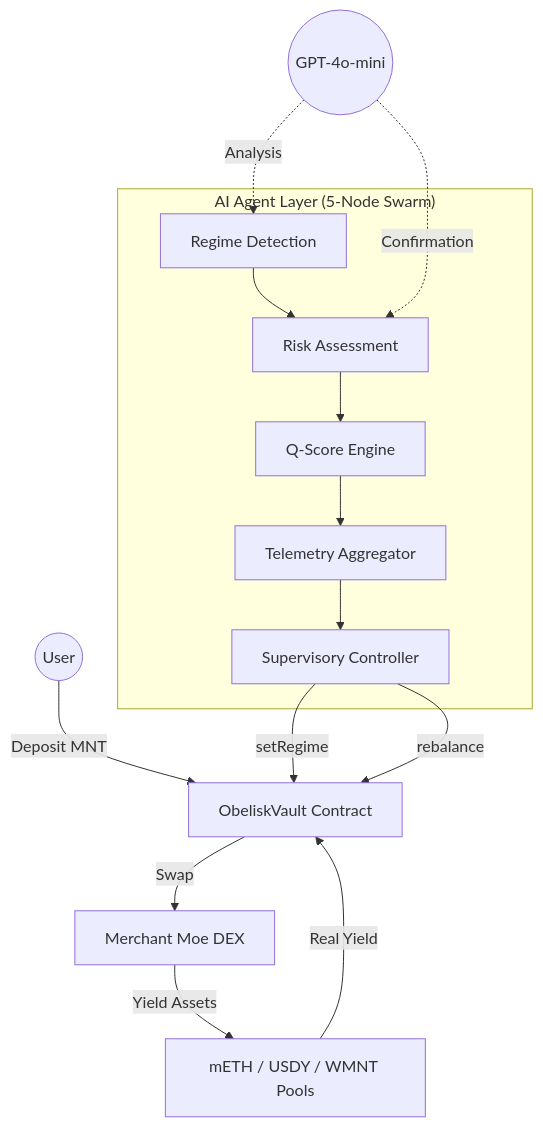
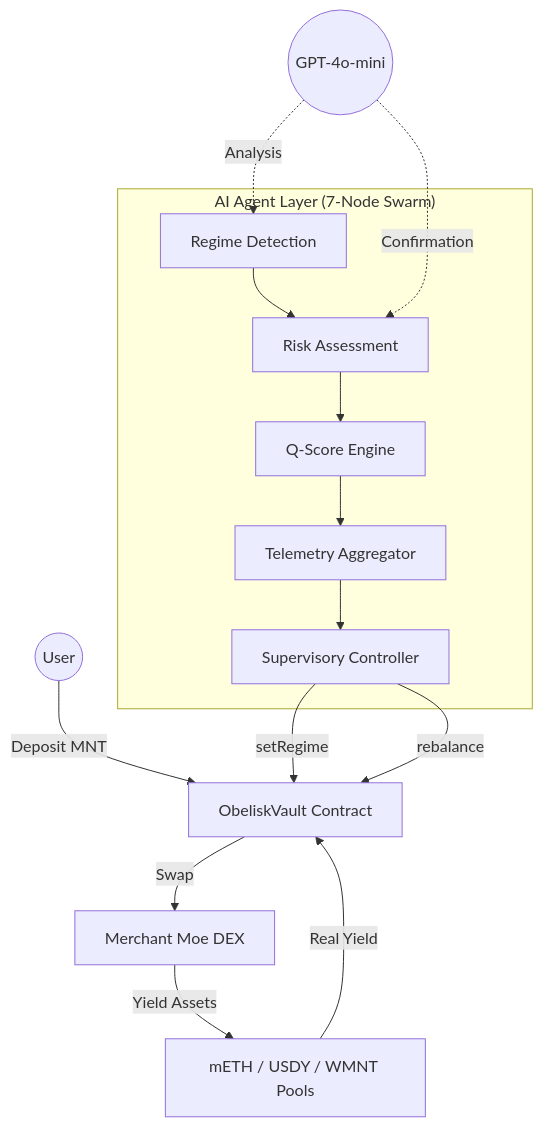
Before and after one commit to samixrd/Obelisk-Q: the diagram in README.md, drawn with Mermaid. The commit also changed other lines of this file, not shown here.

Commit message:
docs: standardize node counts (7-node logic, 5-node swarm)

````diff
--- a/README.md
+++ b/README.md
@@ -46,22 +46,22 @@
 ```mermaid
 graph TD
     User((User)) -->|Deposit MNT| Vault[ObeliskVault Contract]
     
-    subgraph "AI Agent Layer (5-Node Swarm)"
+    subgraph "AI Agent Layer (7-Node Swarm)"
         Regime[Regime Detection] --> Risk[Risk Assessment]
         Risk --> QScore[Q-Score Engine]
         QScore --> Telemetry[Telemetry Aggregator]
         Telemetry --> Supervisor[Supervisory Controller]
     end
 
     LLM((GPT-4o-mini)) -.->|Analysis| Regime
     LLM -.->|Confirmation| Risk
     
     Supervisor -->|setRegime| Vault
     Supervisor -->|rebalance| Vault
     
     Vault -->|Swap| DEX[Merchant Moe DEX]
     DEX -->|Yield Assets| YieldPools[mETH / USDY / WMNT Pools]
     
     YieldPools -->|Real Yield| Vault
 ```
````
